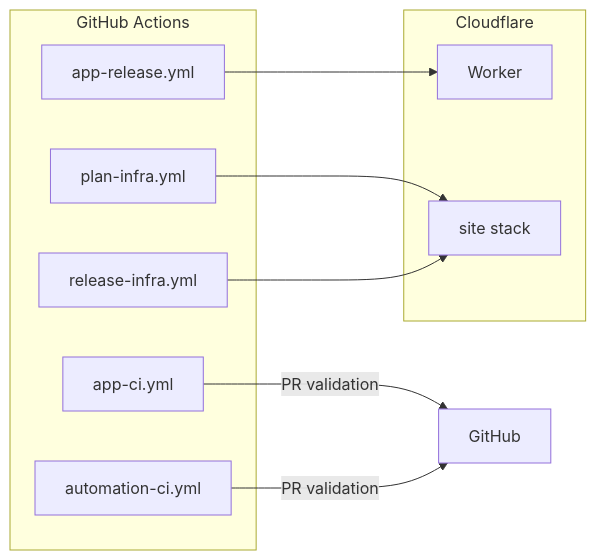
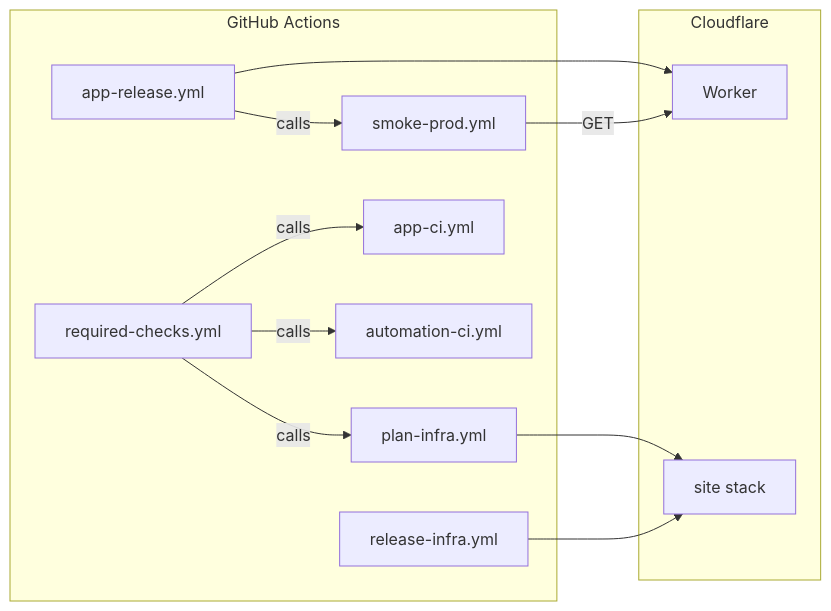
Before and after one commit to koborin-ai/site: the second of 2 diagrams in README.md, drawn with Mermaid. The commit also changed other lines of this file and 1 other file, not shown here.

First line of the commit message:
docs: describe main-only deploys and required-checks

````diff
--- a/README.md
+++ b/README.md
@@ -52,21 +52,26 @@
 ```mermaid
 flowchart LR
     subgraph Actions["GitHub Actions"]
+        requiredChecks[required-checks.yml]
         planInfra[plan-infra.yml]
         releaseInfra[release-infra.yml]
         appCI[app-ci.yml]
         automationCI[automation-ci.yml]
         appRelease[app-release.yml]
+        smokeProd[smoke-prod.yml]
     end
 
     subgraph Cloudflare["Cloudflare"]
         worker[Worker]
         siteStack[site stack]
     end
 
+    requiredChecks -->|calls| appCI
+    requiredChecks -->|calls| planInfra
+    requiredChecks -->|calls| automationCI
     planInfra --> siteStack
     releaseInfra --> siteStack
-    appCI -->|PR validation| GitHub
-    automationCI -->|PR validation| GitHub
     appRelease --> worker
+    appRelease -->|calls| smokeProd
+    smokeProd -->|GET| worker
 ```
````
